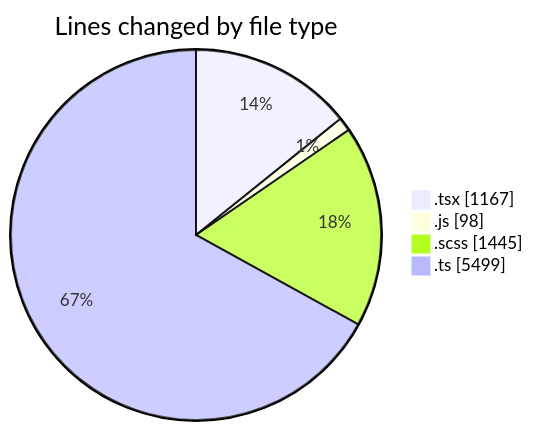
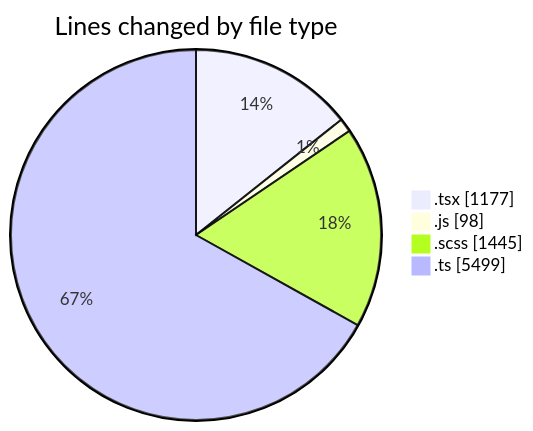
One commit to momahboobian/code-tracking changed the first of 2 diagrams in 2025-03-31/cda/README.md. Above: the diagram before and after it, drawn with Mermaid. The commit also changed other lines of this file and 1 other file, not shown here.

````diff
--- a/2025-03-31/cda/README.md
+++ b/2025-03-31/cda/README.md
@@ -39,8 +39,8 @@
 ```mermaid
 pie showData
 title Lines changed by file type
-".tsx" : 1167
+".tsx" : 1177
 ".js" : 98
 ".scss" : 1445
 ".ts" : 5499
 ```
````
